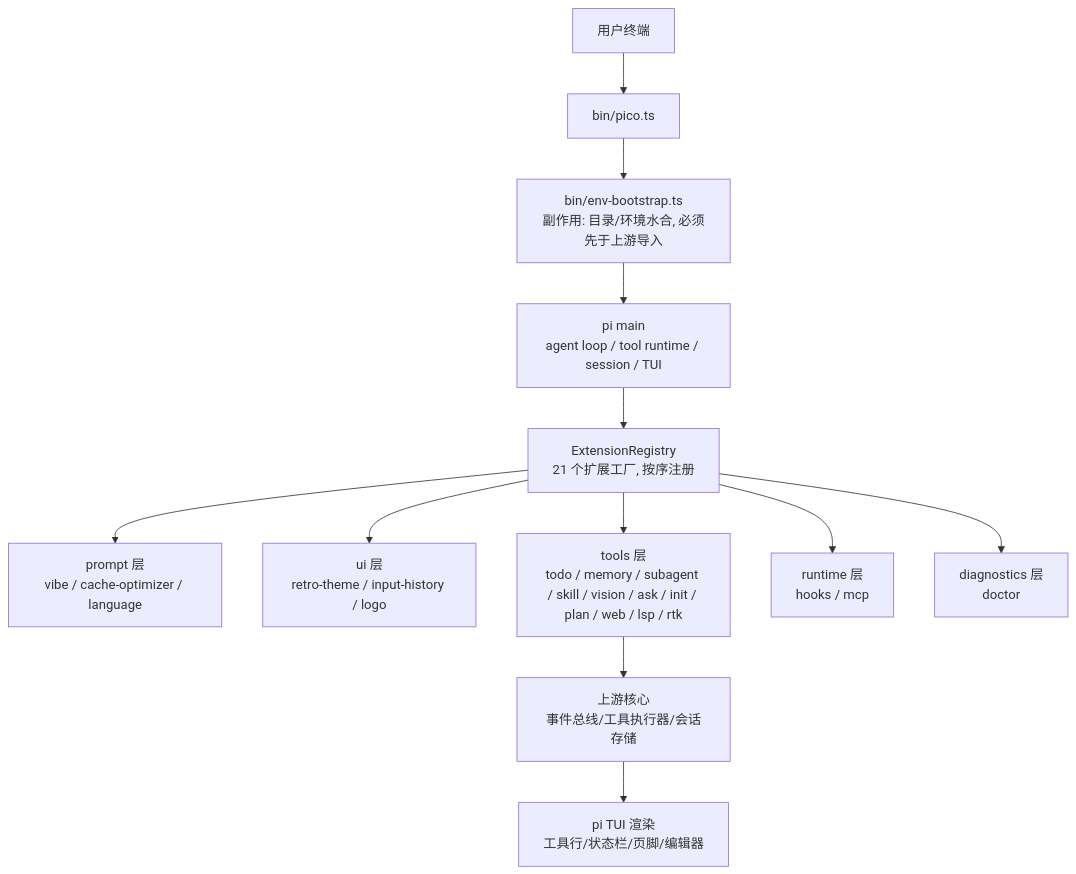
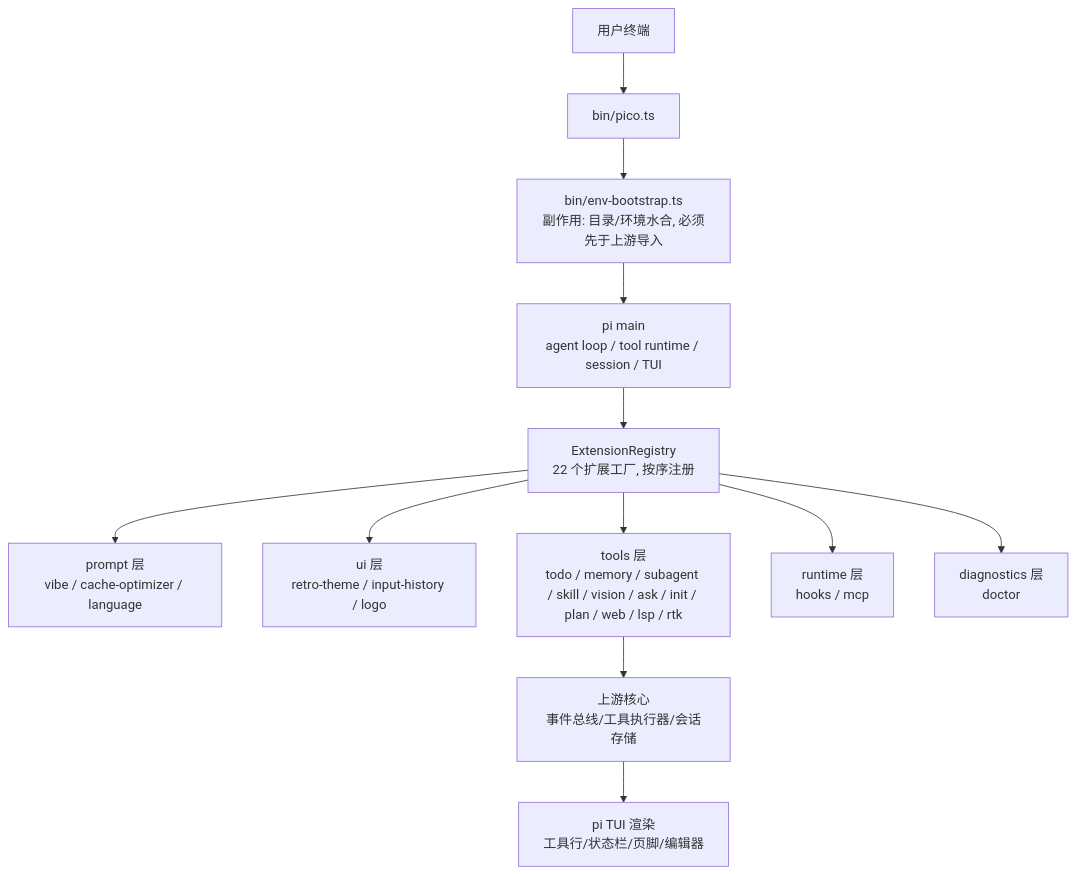
One commit to sswym/pico changed the first of 5 diagrams in docs/internal-tech-review.md. Above: the diagram before and after it, drawn with Mermaid. The commit also changed other lines of this file and 14 other files, not shown here.

````diff
--- a/docs/internal-tech-review.md
+++ b/docs/internal-tech-review.md
@@ -38,14 +38,14 @@
 ```mermaid
 flowchart TD
     U[用户终端] --> BIN[bin/pico.ts]
     BIN --> BOOT[bin/env-bootstrap.ts<br/>副作用: 目录/环境水合, 必须先于上游导入]
     BOOT --> MAIN[pi main<br/>agent loop / tool runtime / session / TUI]
-    MAIN --> REG[ExtensionRegistry<br/>21 个扩展工厂, 按序注册]
+    MAIN --> REG[ExtensionRegistry<br/>22 个扩展工厂, 按序注册]
     REG --> E1[prompt 层<br/>vibe / cache-optimizer / language]
     REG --> E2[ui 层<br/>retro-theme / input-history / logo]
     REG --> E3[tools 层<br/>todo / memory / subagent / skill / vision / ask / init / plan / web / lsp / rtk]
     REG --> E4[runtime 层<br/>hooks / mcp]
     REG --> E5[diagnostics 层<br/>doctor]
     E3 --> CORE[上游核心<br/>事件总线/工具执行器/会话存储]
     CORE --> TUI[pi TUI 渲染<br/>工具行/状态栏/页脚/编辑器]
 ```
````
